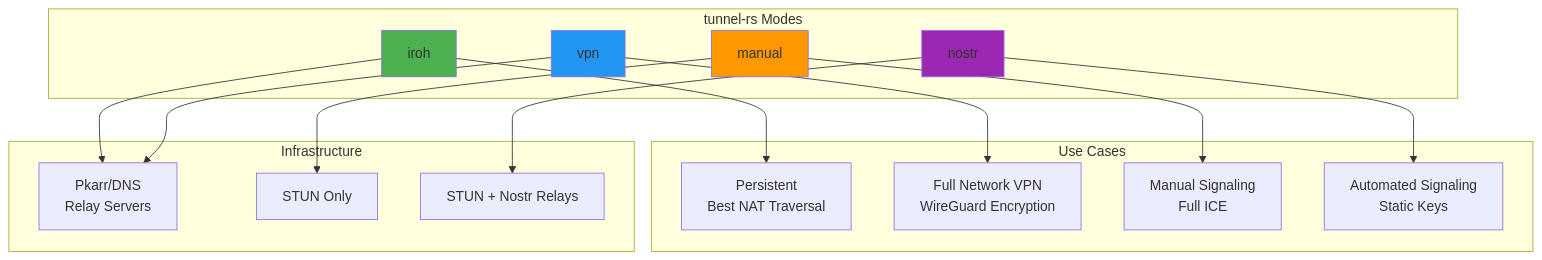
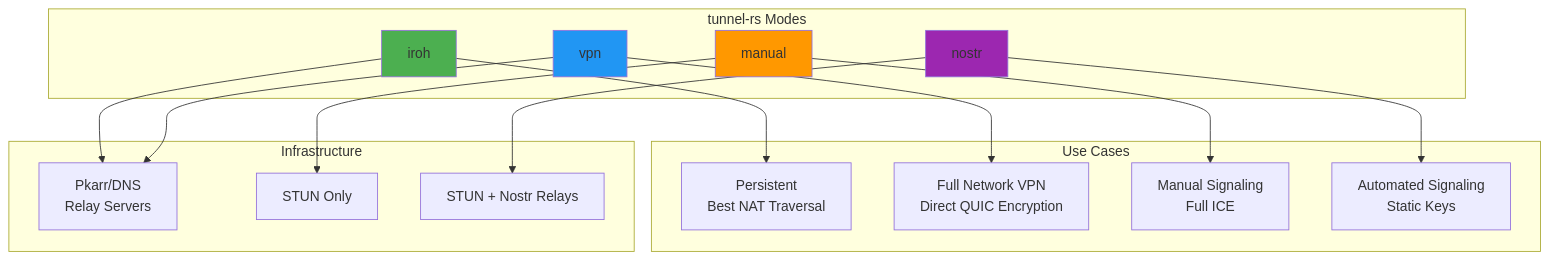
One commit to andrewtheguy/vpn-rs changed the first of 42 diagrams in docs/ARCHITECTURE.md. Above: the diagram before and after it, drawn with Mermaid. The commit also changed other lines of this file, not shown here.

Commit message:
fix: update VPN mode documentation to reflect direct IP-over-QUIC encryption and remove WireGuard references

````diff
--- a/docs/ARCHITECTURE.md
+++ b/docs/ARCHITECTURE.md
@@ -32,37 +32,37 @@
 ```mermaid
 graph TB
     subgraph "tunnel-rs Modes"
         A[iroh]
         A2[vpn]
         C[manual]
         D2[nostr]
     end
 
     subgraph "Use Cases"
         D[Persistent<br/>Best NAT Traversal]
-        D3[Full Network VPN<br/>WireGuard Encryption]
+        D3[Full Network VPN<br/>Direct QUIC Encryption]
         F[Manual Signaling<br/>Full ICE]
         F2[Automated Signaling<br/>Static Keys]
     end
 
     subgraph "Infrastructure"
         G[Pkarr/DNS<br/>Relay Servers]
         I[STUN Only]
         I2[STUN + Nostr Relays]
     end
 
     A --> D
     A2 --> D3
     C --> F
     D2 --> F2
 
     A --> G
     A2 --> G
     C --> I
     D2 --> I2
 
     style A fill:#4CAF50
     style A2 fill:#2196F3
     style C fill:#FF9800
     style D2 fill:#9C27B0
 ```
````
